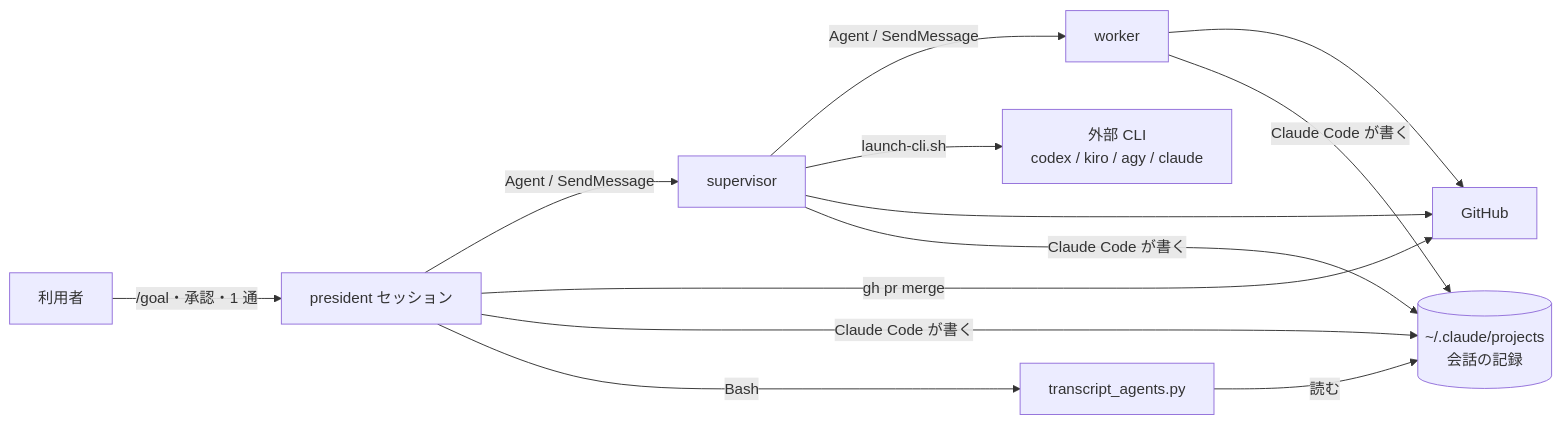
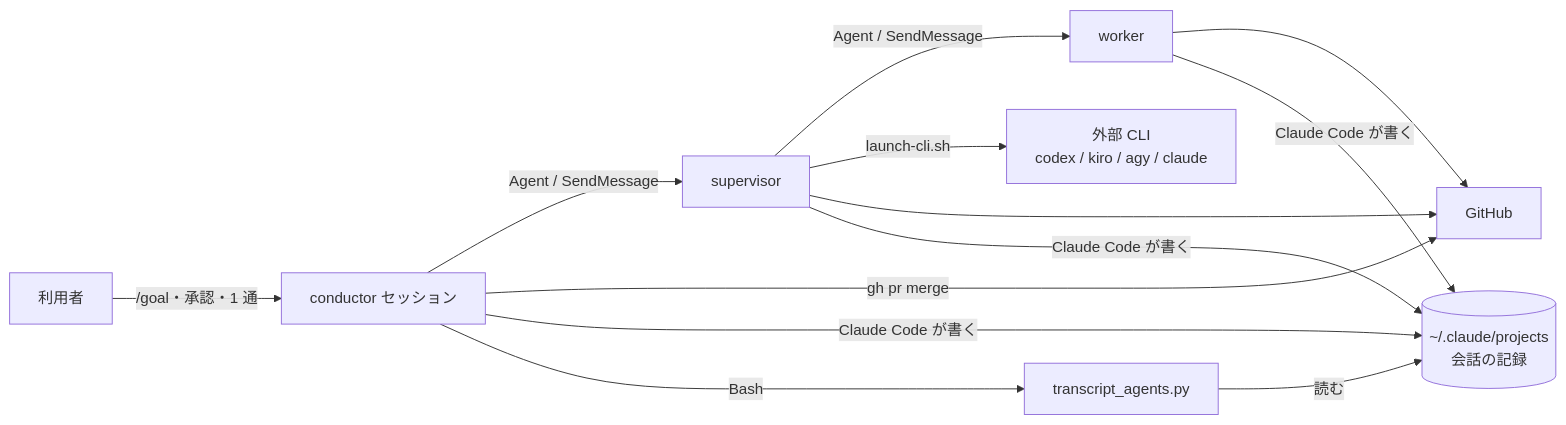
One commit to devbasex/ai-plugins changed the third of 6 diagrams in issues/issue-550-657-design.md. Above: the diagram before and after it, drawn with Mermaid. The commit also changed other lines of this file and 2 other files, not shown here.

First line of the commit message:
Docs: 最上位の層の名前を president から conductor にする（#550 #657）

````diff
--- a/issues/issue-550-657-design.md
+++ b/issues/issue-550-657-design.md
@@ -291,13 +291,13 @@
 ```mermaid
 graph LR
-    H[利用者] -->|/goal・承認・1 通| P[president セッション]
+    H[利用者] -->|/goal・承認・1 通| P[conductor セッション]
     P -->|Agent / SendMessage| S[supervisor]
     S -->|Agent / SendMessage| W[worker]
     S -->|launch-cli.sh| X[外部 CLI<br/>codex / kiro / agy / claude]
     S --> GH[GitHub]
     W --> GH
     P -->|gh pr merge| GH
     P & S & W -->|Claude Code が書く| T[(~/.claude/projects<br/>会話の記録)]
     TA[transcript_agents.py] -->|読む| T
     P -->|Bash| TA
 ```
````
